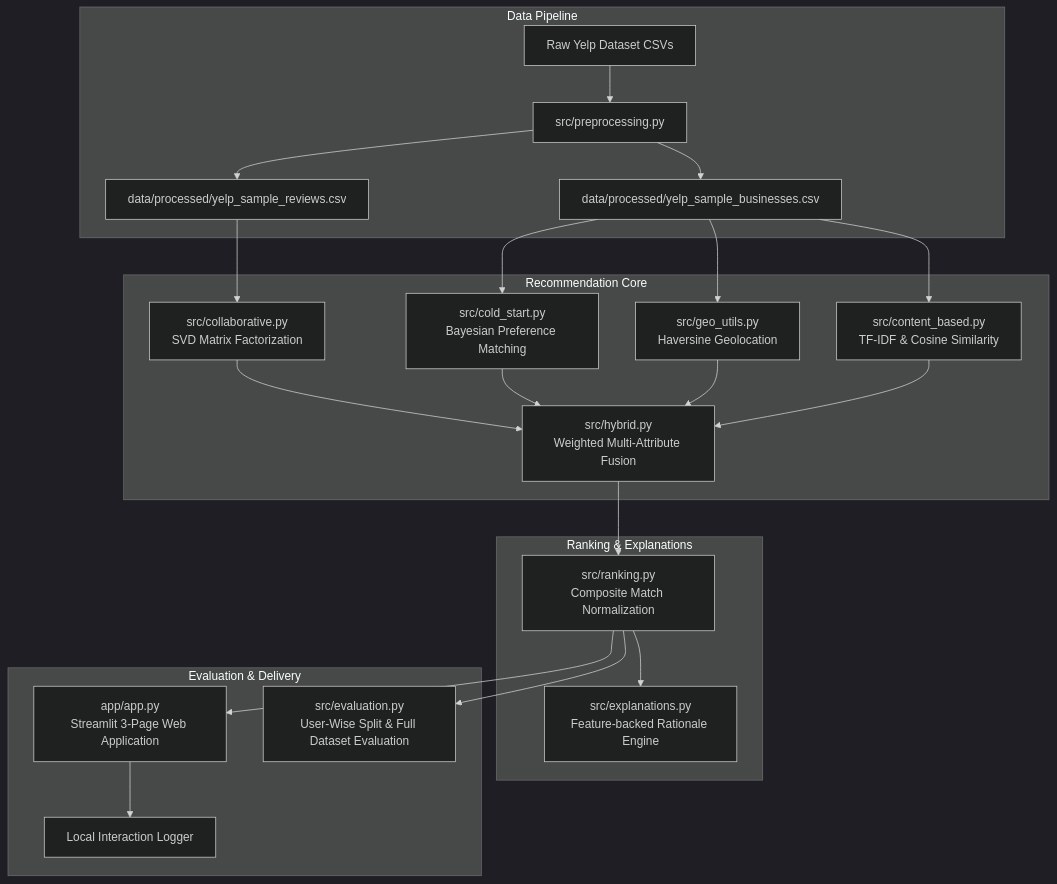
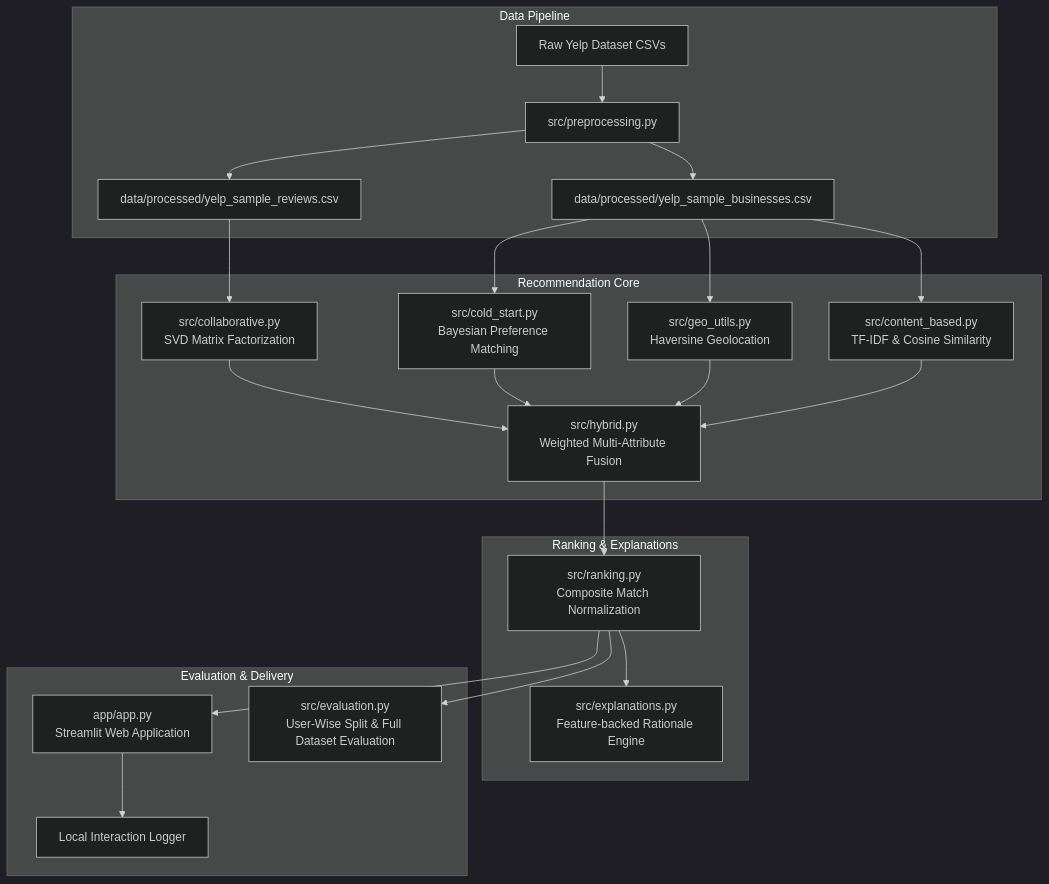
One commit to Prakhar221/hybrid-travel-recommendation-system changed the diagram in README.md. Above: the diagram before and after it, drawn with Mermaid (dark theme). The commit also changed other lines of this file, not shown here.

````diff
--- a/README.md
+++ b/README.md
@@ -14,31 +9,31 @@
 ```mermaid
 flowchart TD
     subgraph Data Pipeline
         RAW[Raw Yelp Dataset CSVs] --> PREPROC[src/preprocessing.py]
         PREPROC --> PROC_BUS[data/processed/yelp_sample_businesses.csv]
         PREPROC --> PROC_REV[data/processed/yelp_sample_reviews.csv]
     end
 
     subgraph Recommendation Core
         PROC_BUS --> CB[src/content_based.py\nTF-IDF & Cosine Similarity]
         PROC_REV --> CF[src/collaborative.py\nSVD Matrix Factorization]
         PROC_BUS --> GEO[src/geo_utils.py\nHaversine Geolocation]
         PROC_BUS --> COLD[src/cold_start.py\nBayesian Preference Matching]
 
         CB --> HYBRID[src/hybrid.py\nWeighted Multi-Attribute Fusion]
         CF --> HYBRID
         GEO --> HYBRID
         COLD --> HYBRID
     end
 
     subgraph Ranking & Explanations
         HYBRID --> RANK[src/ranking.py\nComposite Match Normalization]
         RANK --> EXP[src/explanations.py\nFeature-backed Rationale Engine]
     end
 
     subgraph Evaluation & Delivery
         RANK --> EVAL[src/evaluation.py\nUser-Wise Split & Full Dataset Evaluation]
-        RANK --> APP[app/app.py\nStreamlit 3-Page Web Application]
+        RANK --> APP[app/app.py\nStreamlit Web Application]
         APP --> FEEDBACK[Local Interaction Logger]
     end
 ```
````
